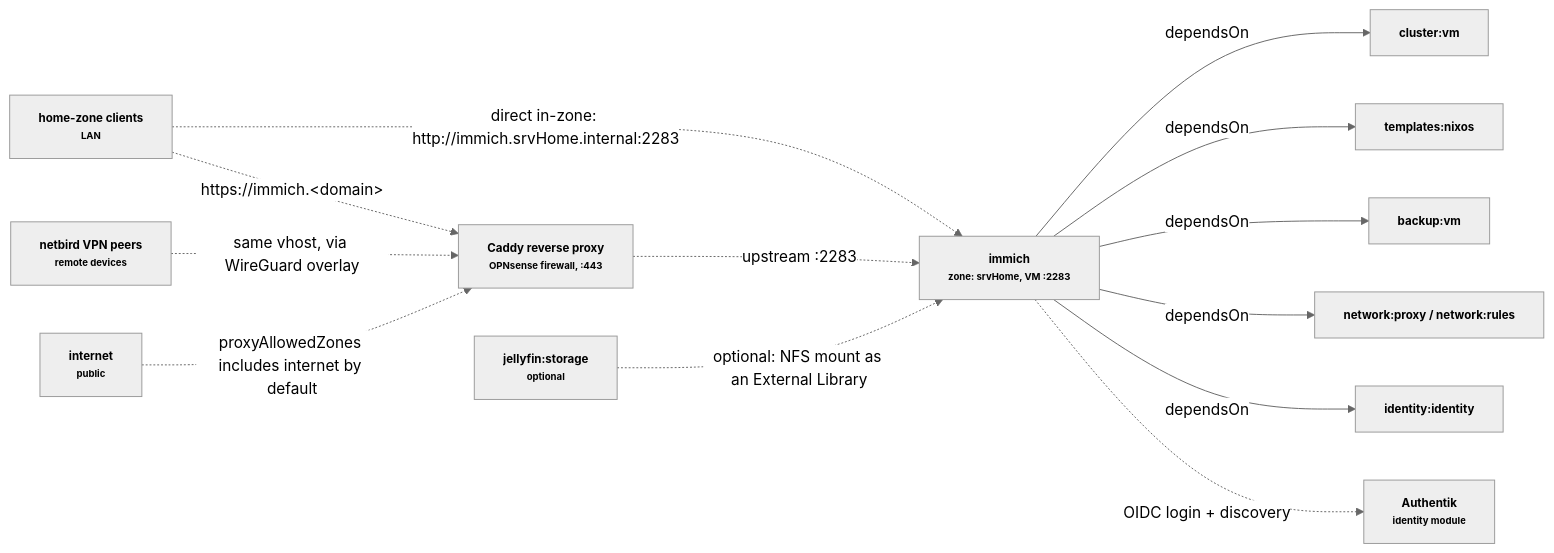
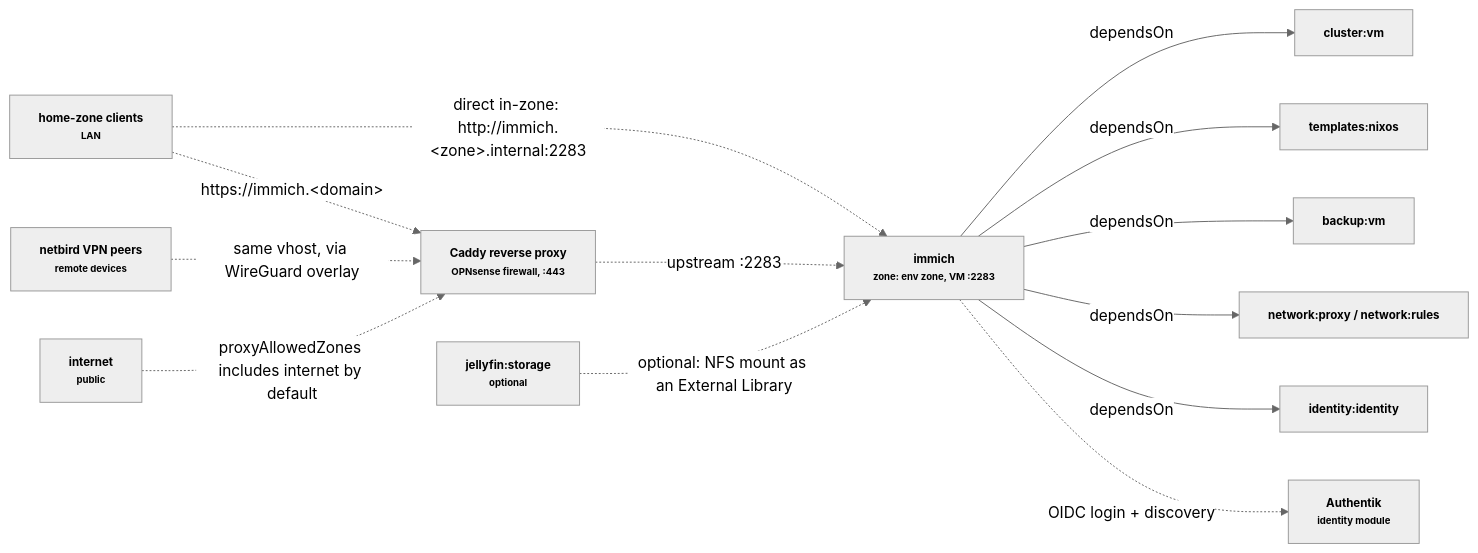
One commit to TAPPaaS/TAPPaaS changed the second of 2 diagrams in src/home/immich/README.md. Above: the diagram before and after it, drawn with Mermaid (neutral theme). The commit also changed other lines of this file and 5 other files, not shown here.

First line of the commit message:
fix(home): immich/jellyfin land in the environment's zone

````diff
--- a/src/home/immich/README.md
+++ b/src/home/immich/README.md
@@ -181,32 +181,32 @@
 ```mermaid
 graph LR
     classDef default font-size:12px,font-weight:bold;
 
-    immich["immich<br/><small>zone: srvHome, VM :2283</small>"]
+    immich["immich<br/><small>zone: env zone, VM :2283</small>"]
     cluster["cluster:vm"]
     templates["templates:nixos"]
     backup["backup:vm"]
     netproxy["network:proxy / network:rules"]
     identity["identity:identity"]
     caddy["Caddy reverse proxy<br/><small>OPNsense firewall, :443</small>"]
     homeclients["home-zone clients<br/><small>LAN</small>"]
     vpnpeers["netbird VPN peers<br/><small>remote devices</small>"]
     internet["internet<br/><small>public</small>"]
     authentik["Authentik<br/><small>identity module</small>"]
     jellyfinlib["jellyfin:storage<br/><small>optional</small>"]
 
     immich -->|dependsOn| cluster
     immich -->|dependsOn| templates
     immich -->|dependsOn| backup
     immich -->|dependsOn| netproxy
     immich -->|dependsOn| identity
 
     homeclients -.->|"https://immich.&lt;domain&gt;"| caddy
-    homeclients -.->|"direct in-zone: http://immich.srvHome.internal:2283"| immich
+    homeclients -.->|"direct in-zone: http://immich.&lt;zone&gt;.internal:2283"| immich
     vpnpeers -.->|"same vhost, via WireGuard overlay"| caddy
     internet -.->|"proxyAllowedZones includes internet by default"| caddy
     caddy -.->|"upstream :2283"| immich
 
     immich -.->|"OIDC login + discovery"| authentik
     jellyfinlib -.->|"optional: NFS mount as an External Library"| immich
 ```
````
